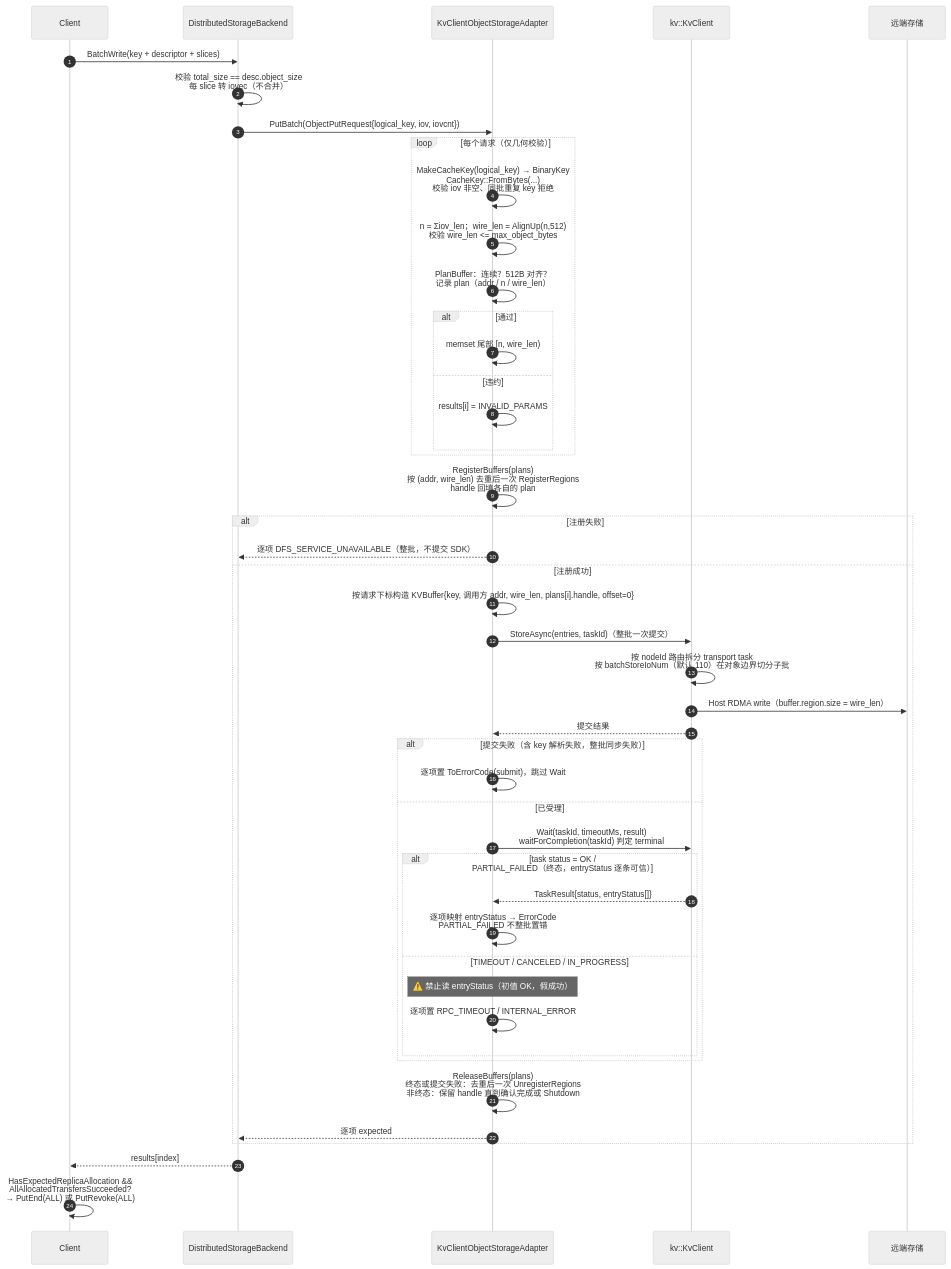
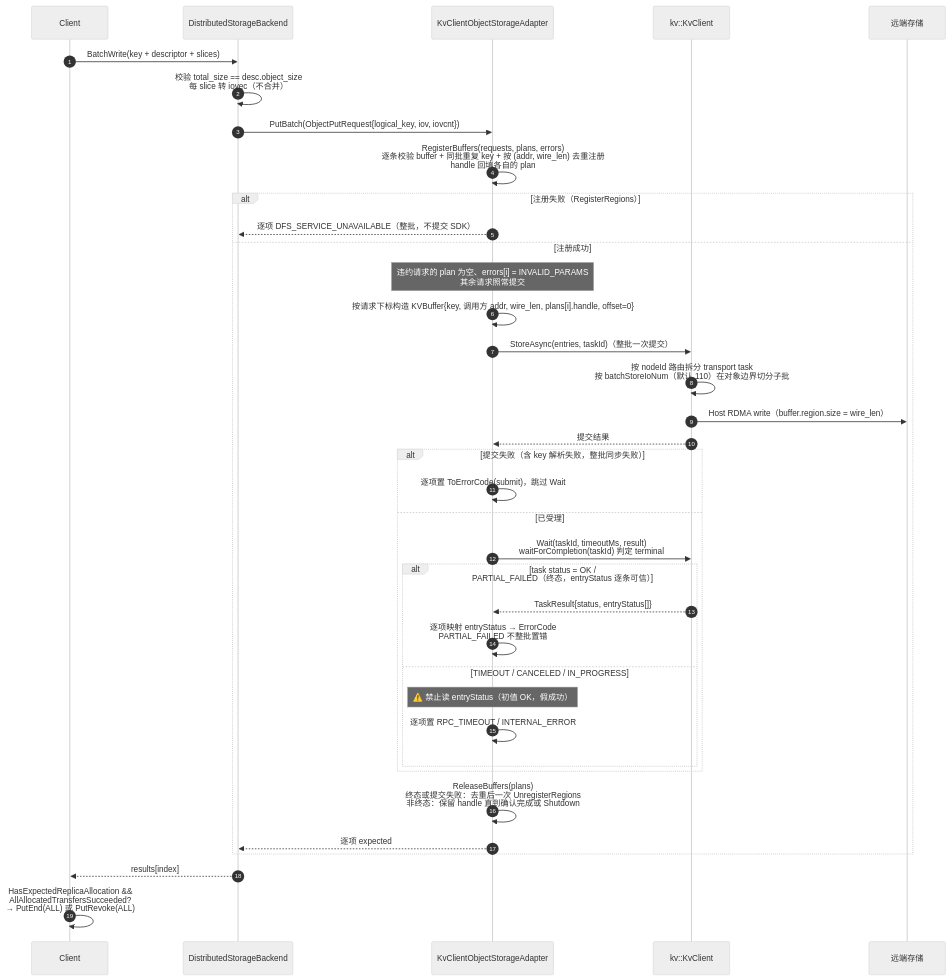
The ninth of 13 diagrams in Mooncake + KVClient L3 接入（Kvcs）- v3.md (zwj20000328-dotcom/Mooncake-documents), drawn with Mermaid (neutral theme) before and after one commit. The commit also changed other lines of this file, not shown here.

Commit message:
docs: fold buffer validation into RegisterBuffers

````diff
--- a/Mooncake + KVClient L3 接入（Kvcs）- v3.md
+++ b/Mooncake + KVClient L3 接入（Kvcs）- v3.md
@@ -594,49 +593,40 @@
 ```mermaid
 sequenceDiagram
     autonumber
     participant C as Client
     participant BE as DistributedStorageBackend
     participant AD as KvClientObjectStorageAdapter
     participant SDK as kv::KvClient
     participant S as 远端存储
 
     C->>BE: BatchWrite(key + descriptor + slices)
     BE->>BE: 校验 total_size == desc.object_size<br/>每 slice 转 iovec（不合并）
     BE->>AD: PutBatch(ObjectPutRequest{logical_key, iov, iovcnt})
-    loop 每个请求（仅几何校验）
-        AD->>AD: MakeCacheKey(logical_key) → BinaryKey<br/>CacheKey::FromBytes(...)<br/>校验 iov 非空、同批重复 key 拒绝
-        AD->>AD: n = Σiov_len；wire_len = AlignUp(n,512)<br/>校验 wire_len <= max_object_bytes
-        AD->>AD: PlanBuffer：连续？512B 对齐？<br/>记录 plan（addr / n / wire_len）
-        alt 通过
-            AD->>AD: memset 尾部 [n, wire_len)
-        else 违约
-            AD->>AD: results[i] = INVALID_PARAMS
-        end
-    end
-    AD->>AD: RegisterBuffers(plans)<br/>按 (addr, wire_len) 去重后一次 RegisterRegions<br/>handle 回填各自的 plan
-    alt 注册失败
+    AD->>AD: RegisterBuffers(requests, plans, errors)<br/>逐条校验 buffer + 同批重复 key + 按 (addr, wire_len) 去重注册<br/>handle 回填各自的 plan
+    alt 注册失败（RegisterRegions）
         AD-->>BE: 逐项 DFS_SERVICE_UNAVAILABLE（整批，不提交 SDK）
     else 注册成功
+        Note over AD: 违约请求的 plan 为空、errors[i] = INVALID_PARAMS<br/>其余请求照常提交
         AD->>AD: 按请求下标构造 KVBuffer{key, 调用方 addr, wire_len, plans[i].handle, offset=0}
         AD->>SDK: StoreAsync(entries, taskId)（整批一次提交）
         SDK->>SDK: 按 nodeId 路由拆分 transport task<br/>按 batchStoreIoNum（默认 110）在对象边界切分子批
         SDK->>S: Host RDMA write（buffer.region.size = wire_len）
         SDK-->>AD: 提交结果
         alt 提交失败（含 key 解析失败，整批同步失败）
             AD->>AD: 逐项置 ToErrorCode(submit)，跳过 Wait
         else 已受理
             AD->>SDK: Wait(taskId, timeoutMs, result)<br/>waitForCompletion(taskId) 判定 terminal
             alt task status = OK / PARTIAL_FAILED（终态，entryStatus 逐条可信）
                 SDK-->>AD: TaskResult{status, entryStatus[]}
                 AD->>AD: 逐项映射 entryStatus → ErrorCode<br/>PARTIAL_FAILED 不整批置错
             else TIMEOUT / CANCELED / IN_PROGRESS
                 Note over AD: ⚠️ 禁止读 entryStatus（初值 OK，假成功）
                 AD->>AD: 逐项置 RPC_TIMEOUT / INTERNAL_ERROR
             end
         end
         AD->>AD: ReleaseBuffers(plans)<br/>终态或提交失败：去重后一次 UnregisterRegions<br/>非终态：保留 handle 直到确认完成或 Shutdown
         AD-->>BE: 逐项 expected
     end
     BE-->>C: results[index]
     C->>C: HasExpectedReplicaAllocation &&<br/>AllAllocatedTransfersSucceeded?<br/>→ PutEnd(ALL) 或 PutRevoke(ALL)
 ```
````
